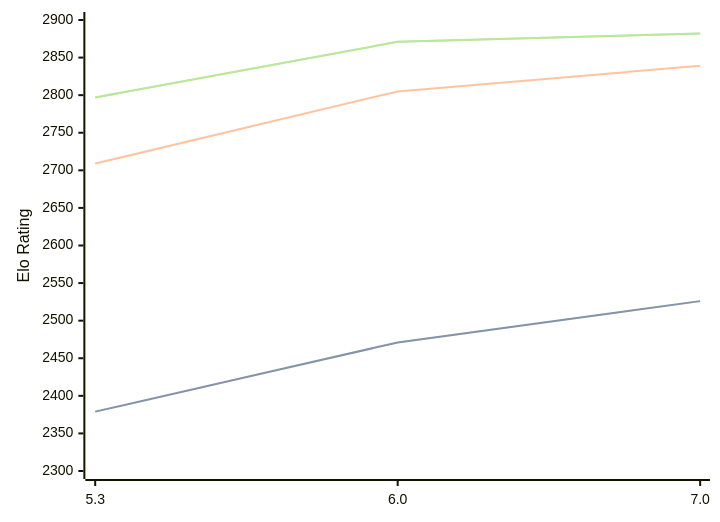
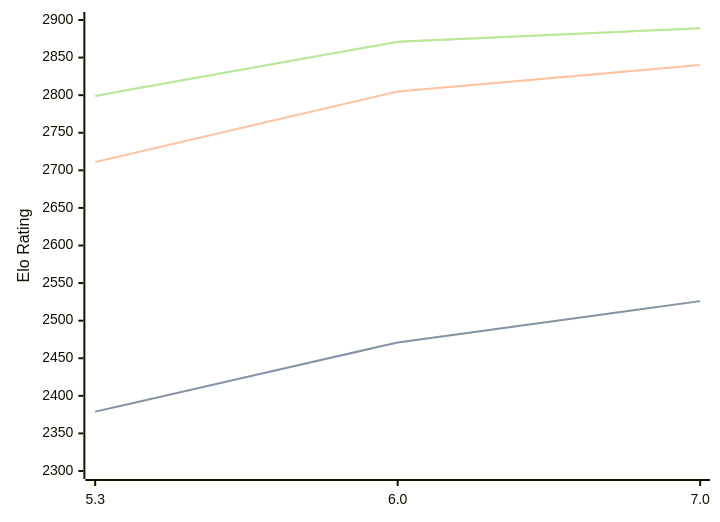
The diagram in engines/tomitankChess.md (computer-chess-index/cci), drawn with Mermaid before and after one commit. The commit also changed other lines of this file, not shown here.

Commit message:
Update CCI Ratings (ELO VLTC) - 2026-07-31

````diff
--- a/engines/tomitankChess.md
+++ b/engines/tomitankChess.md
@@ -41,11 +41,11 @@
 ```mermaid
 %%{init: {"theme":"base","themeVariables":{"seriesColors:['#a3a3a3','#222221','#faa371']}}}%%
 xychart-beta
   x-axis ["5.3", "6.0", "7.0"]
   y-axis "Elo Rating" 2300 --> 2900
   line "STC (8.0+0.08s)" [2379, 2471, 2526]
   line "STC (8.0+0.08s)" [2379, 2471, 2526]
-  line "LTC (60.0+0.60s)" [2709, 2805, 2839]
-  line "VLTC (2m24s+1.12s)" [2797, 2871, 2882]
-  line "VLTC (2m24s+1.12s)" [2797, 2871, 2882]
+  line "LTC (60.0+0.60s)" [2711, 2805, 2840]
+  line "VLTC (2m24s+1.12s)" [2799, 2871, 2889]
+  line "VLTC (2m24s+1.12s)" [2799, 2871, 2889]
 ```
````
